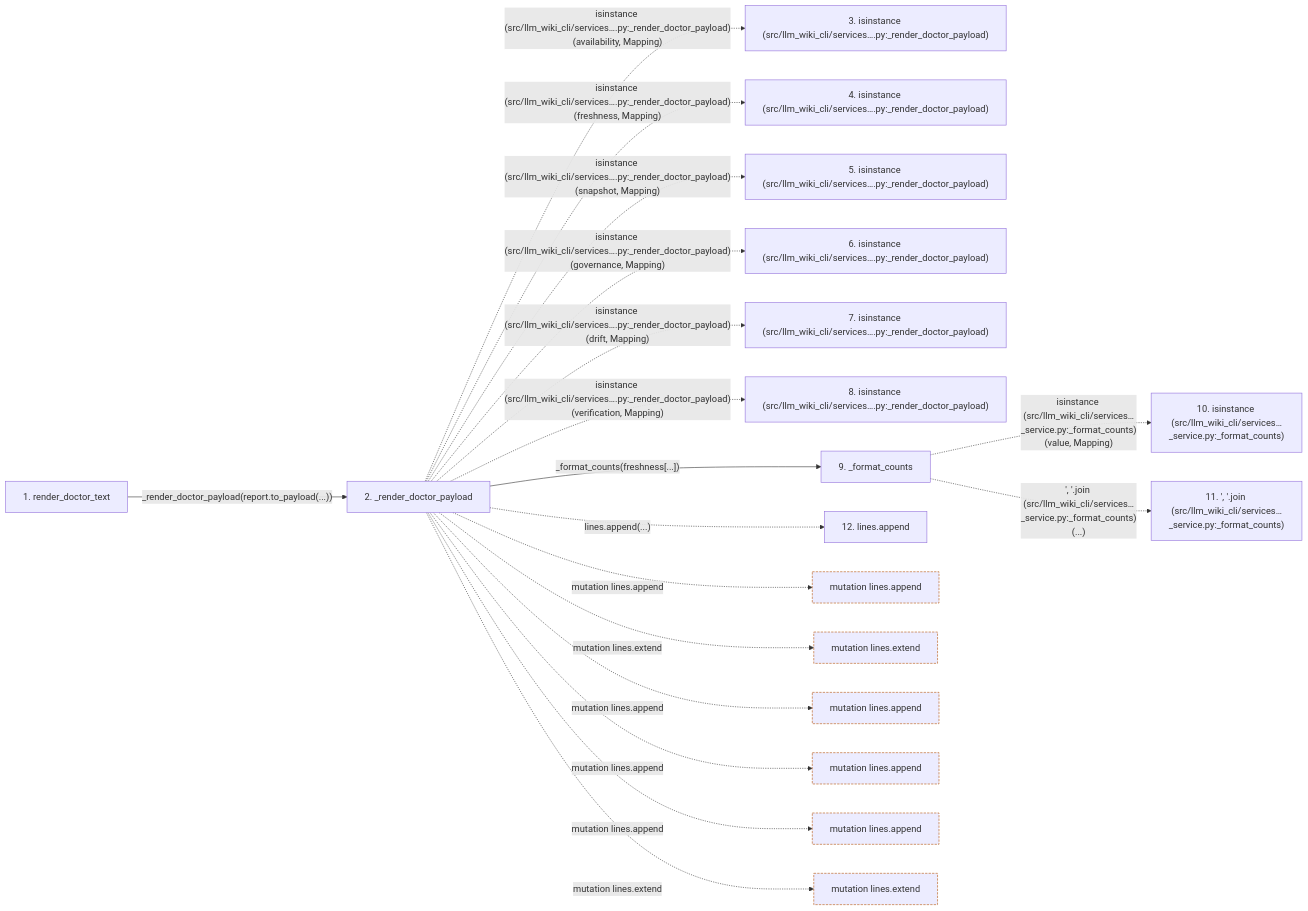
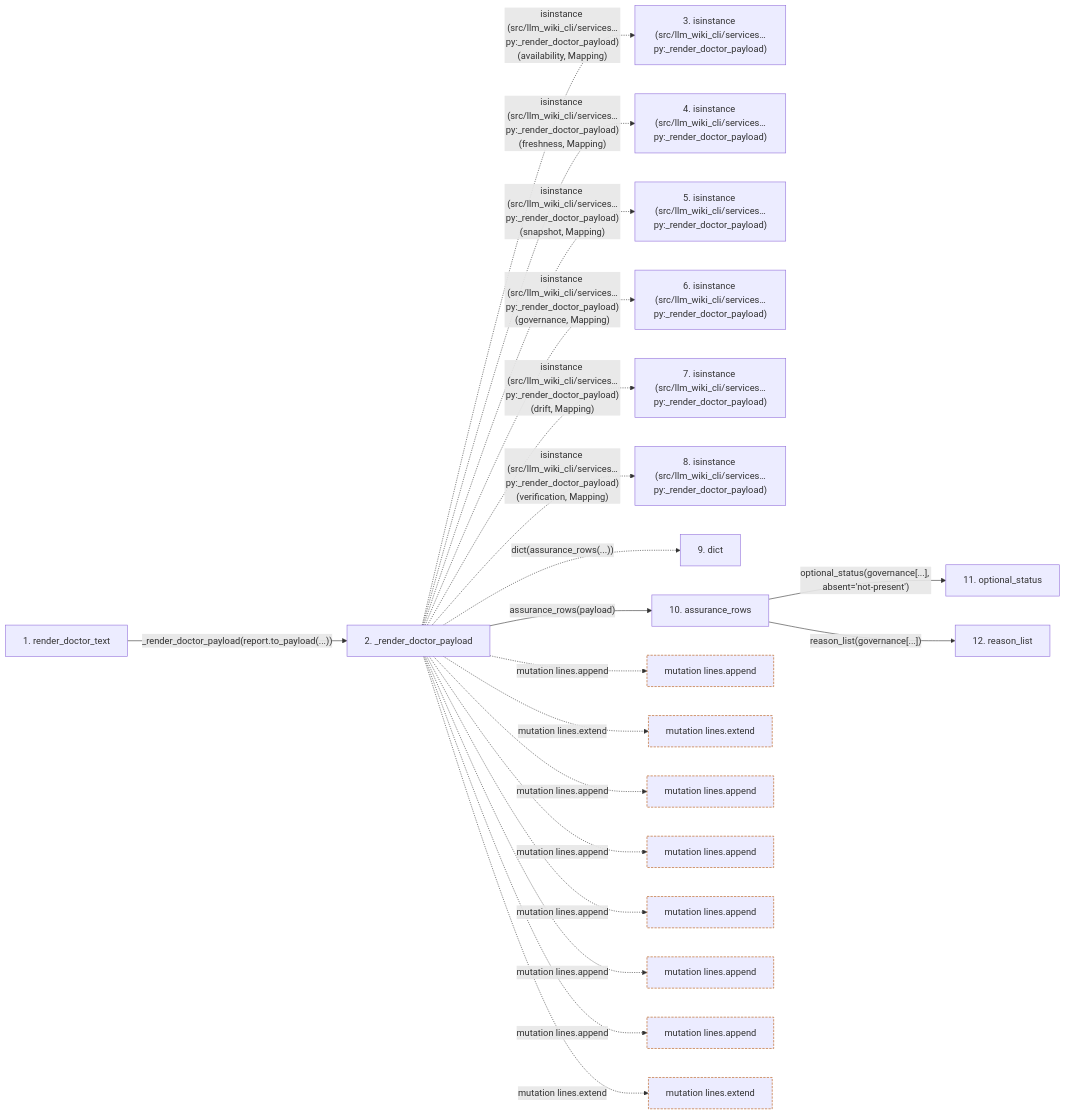
One commit to Denissvgn/python-wiki-llm changed the second of 2 diagrams in docs/llm_wiki/flows/api-render_doctor_text.md. Above: the diagram before and after it, drawn with Mermaid. The commit also changed other lines of this file and 581 other files, not shown here.

````diff
--- a/docs/llm_wiki/flows/api-render_doctor_text.md
+++ b/docs/llm_wiki/flows/api-render_doctor_text.md
@@ -88,48 +94,56 @@
 ```mermaid
 flowchart LR
     s1["1. render_doctor_text"]
     s2["2. _render_doctor_payload"]
-    s3["3. isinstance (src/llm_wiki_cli/services….py:_render_doctor_payload)"]
-    s4["4. isinstance (src/llm_wiki_cli/services….py:_render_doctor_payload)"]
-    s5["5. isinstance (src/llm_wiki_cli/services….py:_render_doctor_payload)"]
-    s6["6. isinstance (src/llm_wiki_cli/services….py:_render_doctor_payload)"]
-    s7["7. isinstance (src/llm_wiki_cli/services….py:_render_doctor_payload)"]
-    s8["8. isinstance (src/llm_wiki_cli/services….py:_render_doctor_payload)"]
-    s9["9. _format_counts"]
-    s10["10. isinstance (src/llm_wiki_cli/services…_service.py:_format_counts)"]
-    s11["11. ', '.join (src/llm_wiki_cli/services…_service.py:_format_counts)"]
-    s12["12. lines.append"]
+    s3["3. isinstance (src/llm_wiki_cli/services…py:_render_doctor_payload)"]
+    s4["4. isinstance (src/llm_wiki_cli/services…py:_render_doctor_payload)"]
+    s5["5. isinstance (src/llm_wiki_cli/services…py:_render_doctor_payload)"]
+    s6["6. isinstance (src/llm_wiki_cli/services…py:_render_doctor_payload)"]
+    s7["7. isinstance (src/llm_wiki_cli/services…py:_render_doctor_payload)"]
+    s8["8. isinstance (src/llm_wiki_cli/services…py:_render_doctor_payload)"]
+    s9["9. dict"]
+    s10["10. assurance_rows"]
+    s11["11. optional_status"]
+    s12["12. reason_list"]
     s1 -->|"_render_doctor_payload(report.to_payload(...))"| s2
-    s2 -. "isinstance (src/llm_wiki_cli/services….py:_render_doctor_payload)(availability, Mapping)" .-> s3
-    s2 -. "isinstance (src/llm_wiki_cli/services….py:_render_doctor_payload)(freshness, Mapping)" .-> s4
-    s2 -. "isinstance (src/llm_wiki_cli/services….py:_render_doctor_payload)(snapshot, Mapping)" .-> s5
-    s2 -. "isinstance (src/llm_wiki_cli/services….py:_render_doctor_payload)(governance, Mapping)" .-> s6
-    s2 -. "isinstance (src/llm_wiki_cli/services….py:_render_doctor_payload)(drift, Mapping)" .-> s7
-    s2 -. "isinstance (src/llm_wiki_cli/services….py:_render_doctor_payload)(verification, Mapping)" .-> s8
-    s2 -->|"_format_counts(freshness[...])"| s9
-    s9 -. "isinstance (src/llm_wiki_cli/services…_service.py:_format_counts)(value, Mapping)" .-> s10
-    s9 -. "', '.join (src/llm_wiki_cli/services…_service.py:_format_counts)(...)" .-> s11
-    s2 -. "lines.append(...)" .-> s12
+    s2 -. "isinstance (src/llm_wiki_cli/services…py:_render_doctor_payload)(availability, Mapping)" .-> s3
+    s2 -. "isinstance (src/llm_wiki_cli/services…py:_render_doctor_payload)(freshness, Mapping)" .-> s4
+    s2 -. "isinstance (src/llm_wiki_cli/services…py:_render_doctor_payload)(snapshot, Mapping)" .-> s5
+    s2 -. "isinstance (src/llm_wiki_cli/services…py:_render_doctor_payload)(governance, Mapping)" .-> s6
+    s2 -. "isinstance (src/llm_wiki_cli/services…py:_render_doctor_payload)(drift, Mapping)" .-> s7
+    s2 -. "isinstance (src/llm_wiki_cli/services…py:_render_doctor_payload)(verification, Mapping)" .-> s8
+    s2 -. "dict(assurance_rows(...))" .-> s9
+    s2 -->|"assurance_rows(payload)"| s10
+    s10 -->|"optional_status(governance[...], absent='not-present')"| s11
+    s10 -->|"reason_list(governance[...])"| s12
     b0["mutation lines.append"]
     s2 -. "mutation lines.append" .-> b0
     b1["mutation lines.extend"]
     s2 -. "mutation lines.extend" .-> b1
     b2["mutation lines.append"]
     s2 -. "mutation lines.append" .-> b2
     b3["mutation lines.append"]
     s2 -. "mutation lines.append" .-> b3
     b4["mutation lines.append"]
     s2 -. "mutation lines.append" .-> b4
-    b5["mutation lines.extend"]
-    s2 -. "mutation lines.extend" .-> b5
+    b5["mutation lines.append"]
+    s2 -. "mutation lines.append" .-> b5
+    b6["mutation lines.append"]
+    s2 -. "mutation lines.append" .-> b6
+    b7["mutation lines.extend"]
+    s2 -. "mutation lines.extend" .-> b7
     click s1 "../modules/doctor_service.md"
     click s2 "../modules/doctor_service.md"
-    click s9 "../modules/doctor_service.md"
+    click s10 "../modules/health_summary.md"
+    click s11 "../modules/health_summary.md"
+    click s12 "../modules/health_summary.md"
     classDef boundary stroke:#b45309,stroke-dasharray: 4 2
     class b0 boundary
     class b1 boundary
     class b2 boundary
     class b3 boundary
     class b4 boundary
     class b5 boundary
+    class b6 boundary
+    class b7 boundary
 ```
````
